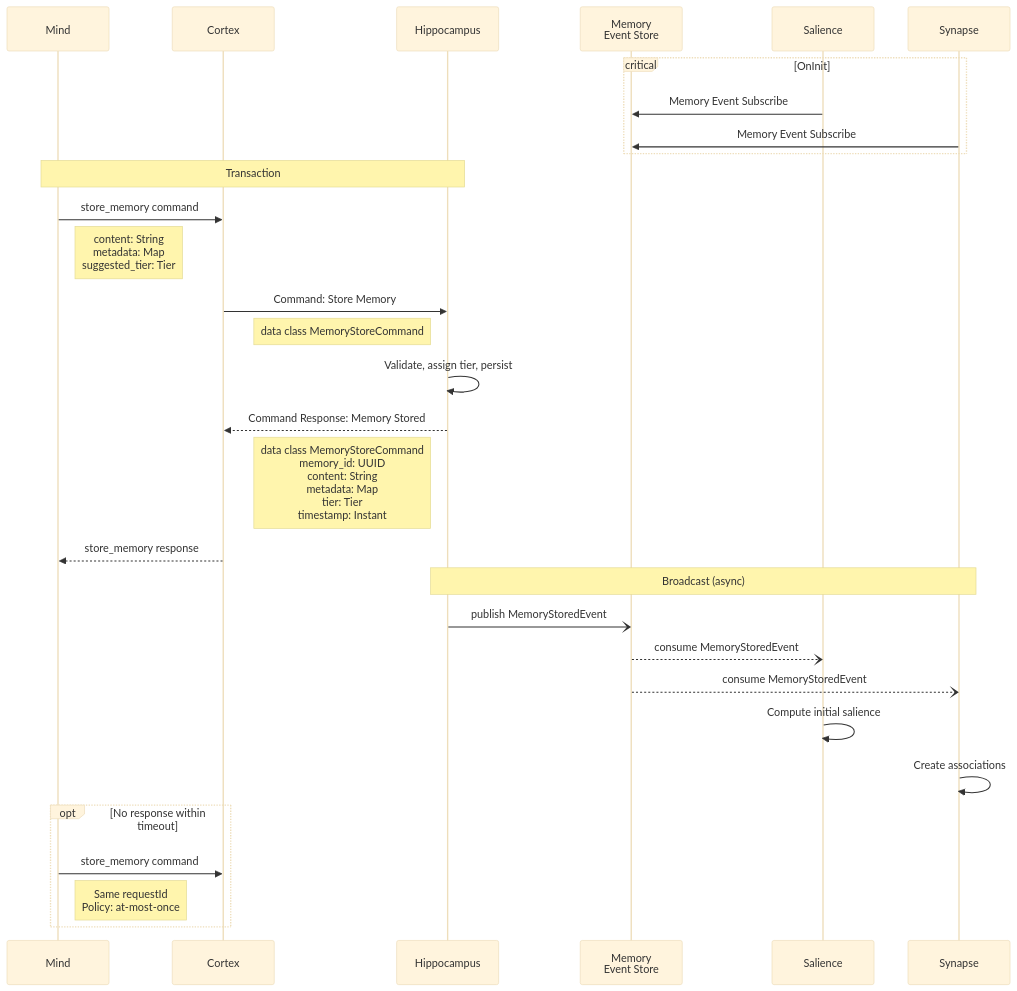
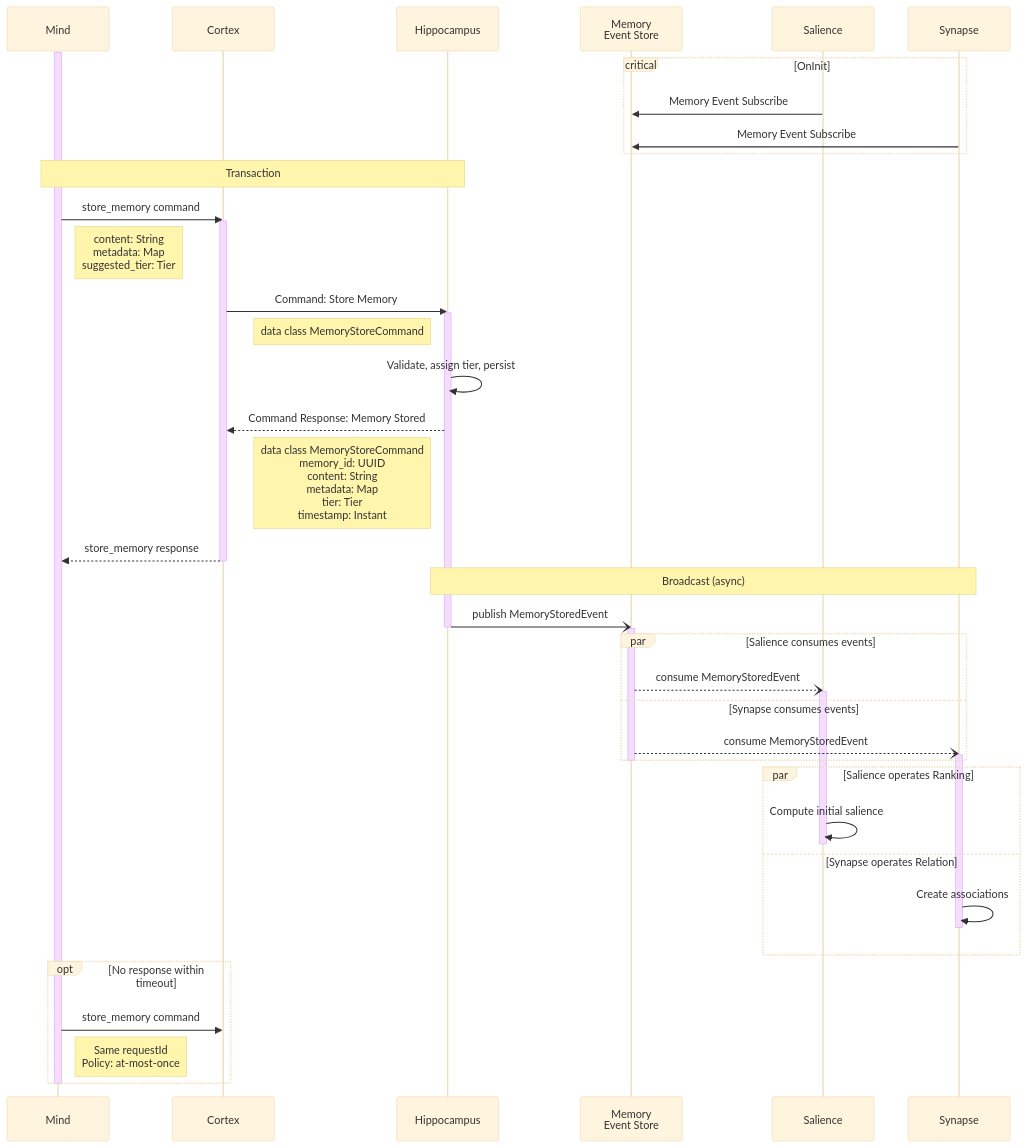
The diagram in site/_includes/diagrams/msg-0001-store-memory.mmd (Mimis-Gildi/mcp-total-recall), drawn with Mermaid (base theme) before and after one commit. The commit also changed 1 other file, not shown here.

Commit message:
Corrected msg-0001-store-memory.mmd Refactored msg-0002-search-memory.mmd

```diff
--- a/site/_includes/diagrams/msg-0001-store-memory.mmd
+++ b/site/_includes/diagrams/msg-0001-store-memory.mmd
@@ -1,34 +1,64 @@
 sequenceDiagram
     participant M as Mind
     participant CX as Cortex
     participant HP as Hippocampus
     participant ES as Memory<br/> Event Store
     participant SL as Salience
     participant SY as Synapse
 
+    activate M
+
     critical OnInit
         SL ->> ES: Memory Event Subscribe
         SY ->> ES: Memory Event Subscribe
     end
 
     Note over M,HP: Transaction
     M->>CX: store_memory command
+    activate CX
     Note right of M: content: String<br/>metadata: Map<br/>suggested_tier: Tier
+
+
     CX->>HP: Command: Store Memory
+    activate HP
     Note left of HP: data class MemoryStoreCommand
+
     HP->>HP: Validate, assign tier, persist
     HP-->>CX: Command Response: Memory Stored
     Note left of HP: data class MemoryStoreCommand<br/> memory_id: UUID<br/>content: String<br/>metadata: Map<br/>tier: Tier<br/>timestamp: Instant
     CX-->>M: store_memory response
 
+    deactivate CX
+
     Note over HP,SY: Broadcast (async)
     HP-)ES: publish MemoryStoredEvent
-    ES--)SL: consume MemoryStoredEvent
-    ES--)SY: consume MemoryStoredEvent
-    SL->>SL: Compute initial salience
-    SY->>SY: Create associations
+    deactivate HP
+    activate ES
+
+
+    par Salience consumes events
+        ES--)SL: consume MemoryStoredEvent
+        activate SL
+
+    and Synapse consumes events
+        ES--)SY: consume MemoryStoredEvent
+        activate SY
+
+    end
+
+    deactivate ES
+
+    par Salience operates Ranking
+        SL->>SL: Compute initial salience
+        deactivate SL
+    and Synapse operates Relation
+        SY->>SY: Create associations
+        deactivate SY
+    end
 
     opt No response within timeout
         M->>CX: store_memory command
         Note right of M: Same requestId<br/>Policy: at-most-once
     end
+
+    deactivate M
```
